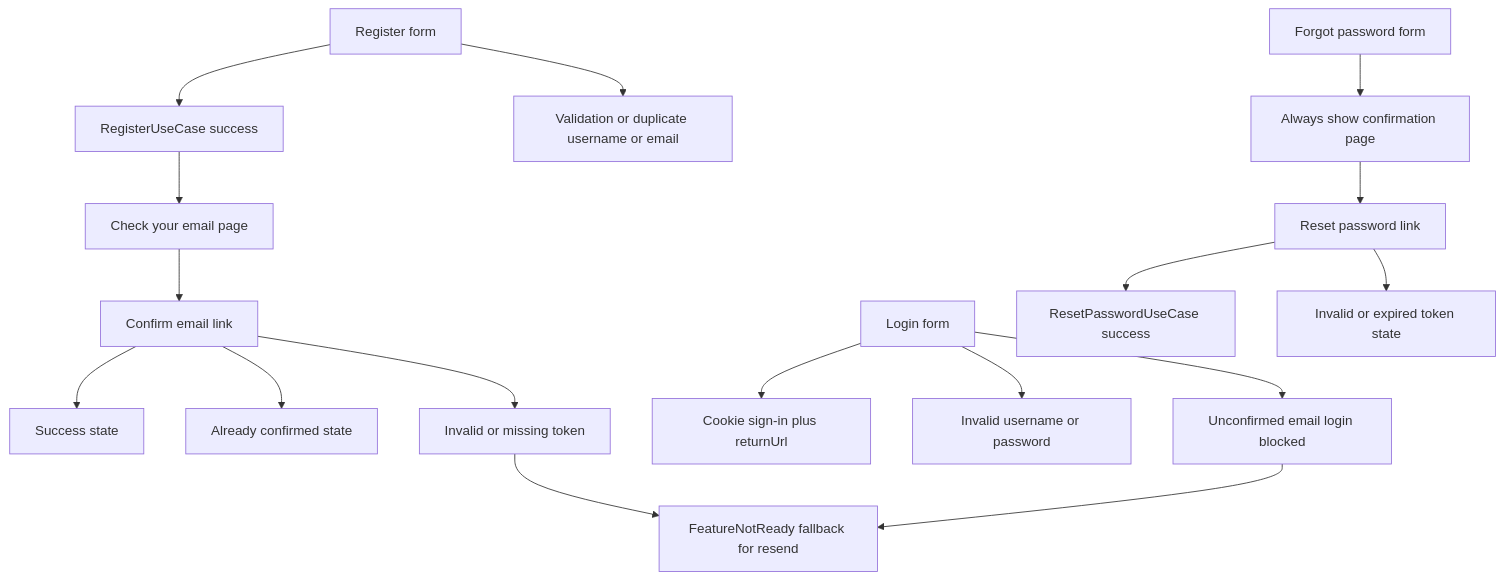
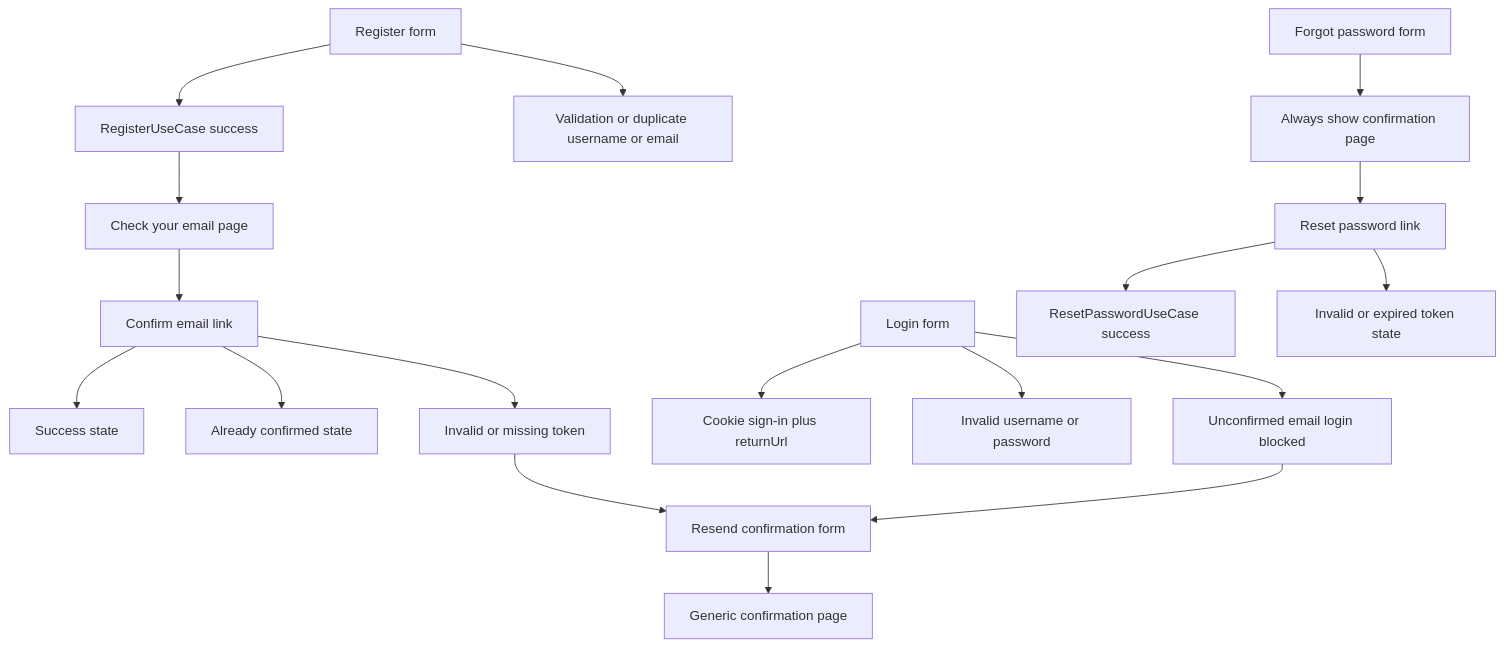
One commit to CodeWithCharles/42_camagru changed the second of 4 diagrams in README.md. Above: the diagram before and after it, drawn with Mermaid. The commit also changed other lines of this file and 143 other files, not shown here.

````diff
--- a/README.md
+++ b/README.md
@@ -102,21 +135,22 @@
 ```mermaid
 flowchart TD
     Register["Register form"] --> RegisterOK["RegisterUseCase success"]
     Register --> RegisterFail["Validation or duplicate username or email"]
     RegisterOK --> CheckMail["Check your email page"]
     CheckMail --> Confirm["Confirm email link"]
     Confirm --> ConfirmOK["Success state"]
     Confirm --> Already["Already confirmed state"]
     Confirm --> ConfirmFail["Invalid or missing token"]
-    ConfirmFail --> ResendFallback["FeatureNotReady fallback for resend"]
+    ConfirmFail --> Resend["Resend confirmation form"]
+    Resend --> ResendMail["Generic confirmation page"]
 
     Login["Login form"] --> LoginOK["Cookie sign-in plus returnUrl"]
     Login --> LoginBad["Invalid username or password"]
     Login --> Unconfirmed["Unconfirmed email login blocked"]
-    Unconfirmed --> ResendFallback
+    Unconfirmed --> Resend
 
     Forgot["Forgot password form"] --> ForgotMail["Always show confirmation page"]
     ForgotMail --> Reset["Reset password link"]
     Reset --> ResetOK["ResetPasswordUseCase success"]
     Reset --> ResetBad["Invalid or expired token state"]
 ```
````
